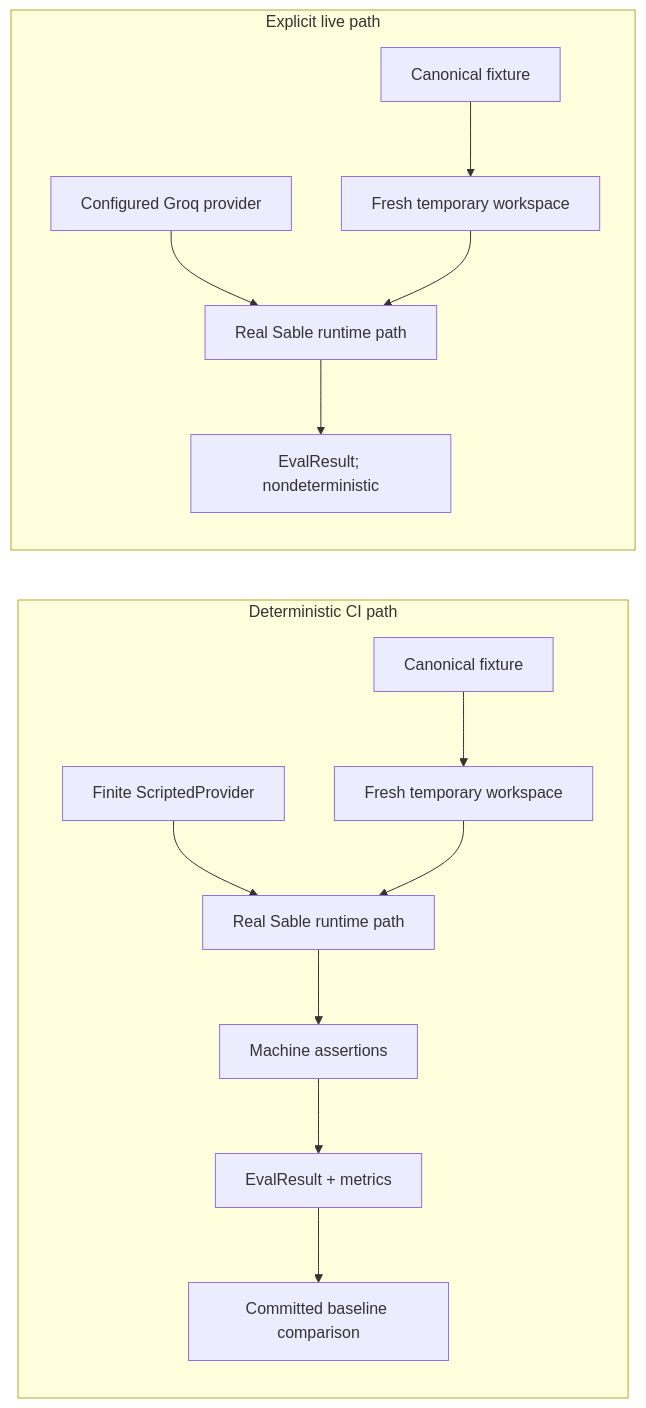
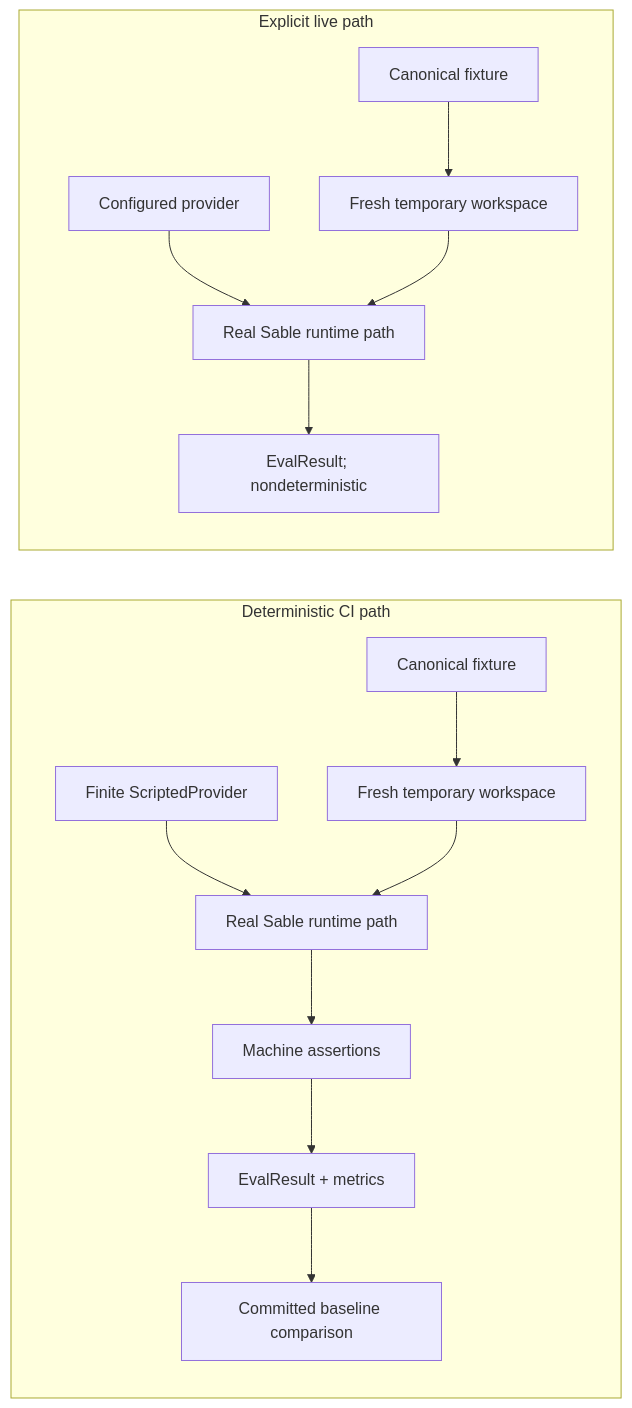
Before and after one commit to atrx07/Sable-AI: the sixth of 6 diagrams in docs/architecture.md, drawn with Mermaid. The commit also changed other lines of this file and 21 other files, not shown here.

````diff
--- a/docs/architecture.md
+++ b/docs/architecture.md
@@ -239,18 +242,18 @@
 ```mermaid
 flowchart LR
     subgraph Deterministic[Deterministic CI path]
         Fixture[Canonical fixture] --> Materialize[Fresh temporary workspace]
         Script[Finite ScriptedProvider] --> Product[Real Sable runtime path]
         Materialize --> Product
         Product --> Assertions[Machine assertions]
         Assertions --> Result[EvalResult + metrics]
         Result --> Baseline[Committed baseline comparison]
     end
 
     subgraph Live[Explicit live path]
         LiveFixture[Canonical fixture] --> LiveWorkspace[Fresh temporary workspace]
-        GroqLive[Configured Groq provider] --> LiveProduct[Real Sable runtime path]
+        ProviderLive[Configured provider] --> LiveProduct[Real Sable runtime path]
         LiveWorkspace --> LiveProduct
         LiveProduct --> LiveResult[EvalResult; nondeterministic]
     end
 ```
````
